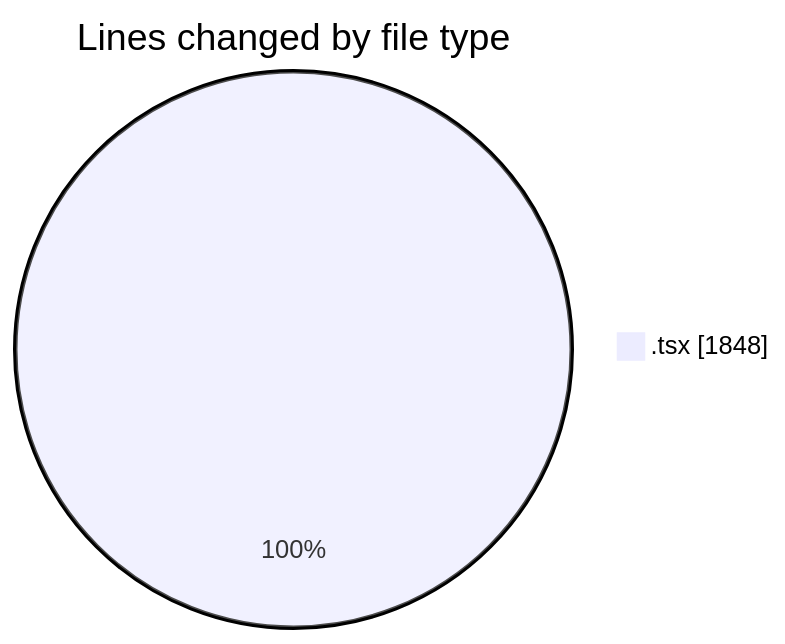
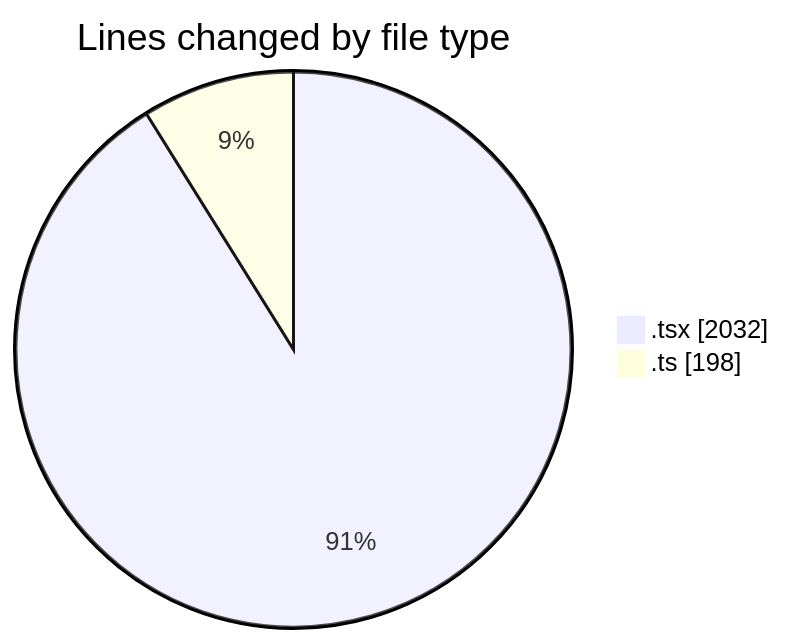
Before and after one commit to robertbonfada/code-tracking: the first of 2 diagrams in 2025-03-07/mbc-web/README.md, drawn with Mermaid. The commit also changed other lines of this file and 1 other file, not shown here.

````diff
--- a/2025-03-07/mbc-web/README.md
+++ b/2025-03-07/mbc-web/README.md
@@ -24,5 +25,6 @@
 ```mermaid
 pie showData
 title Lines changed by file type
-".tsx" : 1848
+".tsx" : 2032
+".ts" : 198
 ```
````
